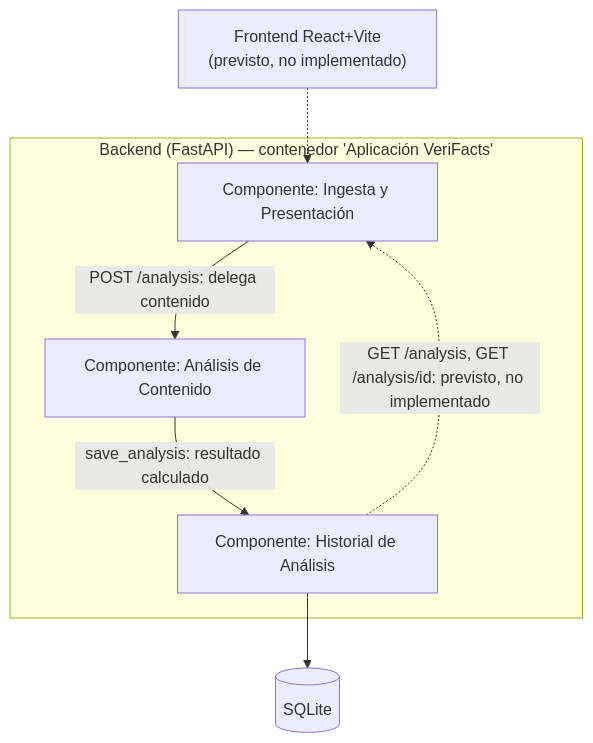
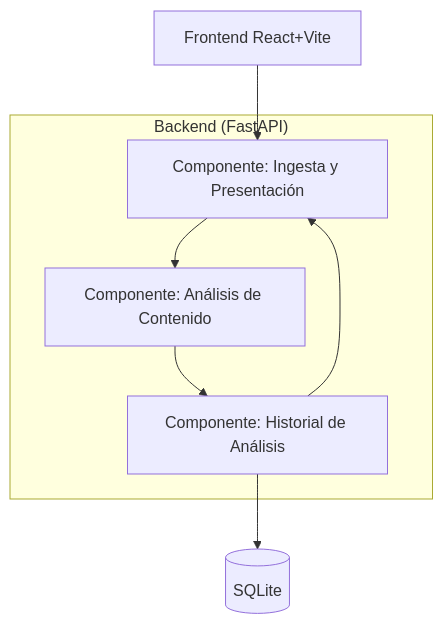
The diagram in docs/c4/03-componentes.md (ISCOUTB/AS_202620_Verifacts), drawn with Mermaid before and after one commit. The commit also changed other lines of this file, not shown here.

First line of the commit message:
Refine component container description and diagram

````diff
--- a/docs/c4/03-componentes.md
+++ b/docs/c4/03-componentes.md
@@ -24,15 +3,15 @@
 ```mermaid
 graph TB
-    subgraph Backend["Backend (FastAPI) — contenedor 'Aplicación VeriFacts'"]
+    subgraph Backend["Backend (FastAPI)"]
         Ingesta[Componente: Ingesta y Presentación]
         Analisis[Componente: Análisis de Contenido]
         Historial[Componente: Historial de Análisis]
 
-        Ingesta -->|POST /analysis: delega contenido| Analisis
-        Analisis -->|save_analysis: resultado calculado| Historial
-        Historial -.->|GET /analysis, GET /analysis/id: previsto, no implementado| Ingesta
+        Ingesta --> Analisis
+        Analisis --> Historial
+        Historial --> Ingesta
     end
 
-    Frontend["Frontend React+Vite<br/>(previsto, no implementado)"] -.-> Ingesta
+    Frontend[Frontend React+Vite] --> Ingesta
     Historial --> DB[(SQLite)]
 ```
````
